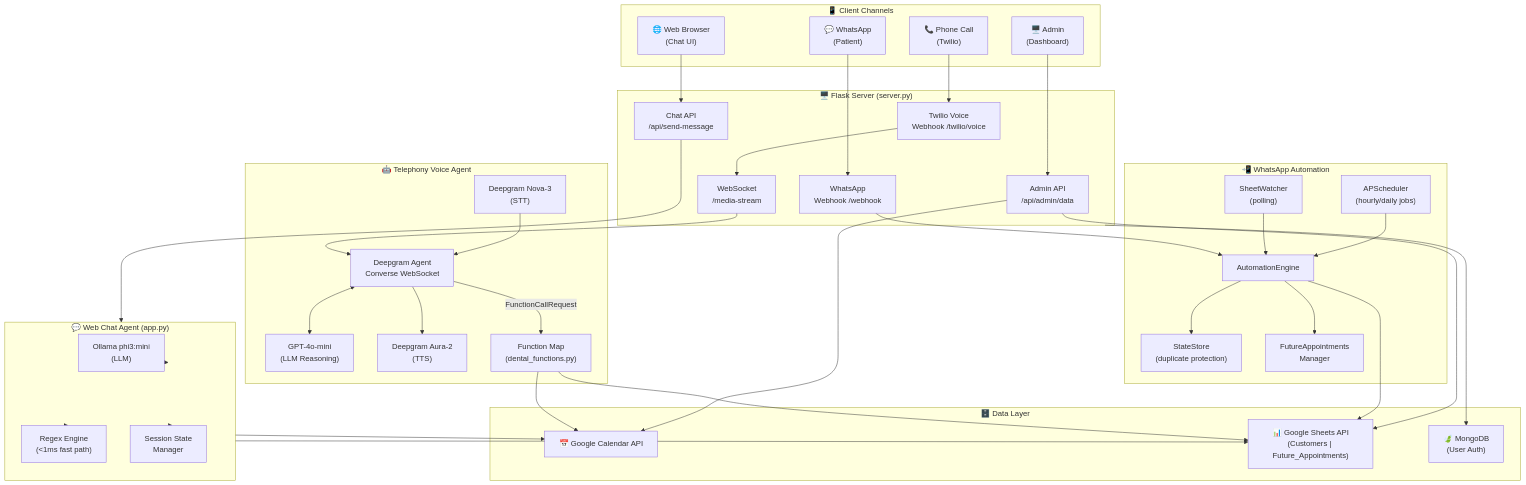
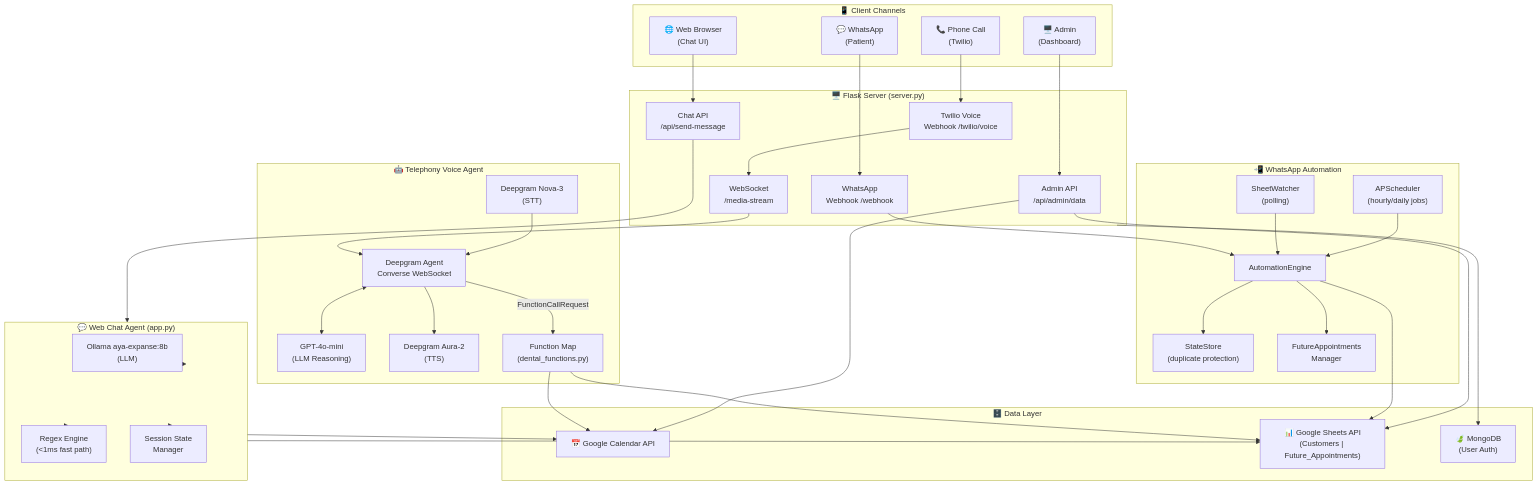
The diagram in README.md (Dhivakar2005/DentalVoiceAgent), drawn with Mermaid before and after one commit. The commit also changed other lines of this file and 39 other files, not shown here.

````diff
--- a/README.md
+++ b/README.md
@@ -59,66 +59,66 @@
 ```mermaid
 graph TB
     subgraph Clients["📱 Client Channels"]
         PHONE["📞 Phone Call\n(Twilio)"]
         WEB["🌐 Web Browser\n(Chat UI)"]
         WA["💬 WhatsApp\n(Patient)"]
         ADMIN["🖥️ Admin\n(Dashboard)"]
     end
 
     subgraph Server["🖥️ Flask Server (server.py)"]
         TW_HOOK["Twilio Voice\nWebhook /twilio/voice"]
         WS["WebSocket\n/media-stream"]
         CHAT_API["Chat API\n/api/send-message"]
         WA_HOOK["WhatsApp\nWebhook /webhook"]
         ADMIN_API["Admin API\n/api/admin/data"]
     end
 
     subgraph VoiceAgent["🤖 Telephony Voice Agent"]
         DGA["Deepgram Agent\nConverse WebSocket"]
         GPT["GPT-4o-mini\n(LLM Reasoning)"]
         DG_TTS["Deepgram Aura-2\n(TTS)"]
         DG_STT["Deepgram Nova-3\n(STT)"]
         FN["Function Map\n(dental_functions.py)"]
     end
 
     subgraph WebAgent["💬 Web Chat Agent (app.py)"]
-        OLLAMA["Ollama phi3:mini\n(LLM)"]
+        OLLAMA["Ollama aya-expanse:8b\n(LLM)"]
         REGEX["Regex Engine\n(<1ms fast path)"]
         STATE["Session State\nManager"]
     end
 
     subgraph WhatsApp["📲 WhatsApp Automation"]
         ENGINE["AutomationEngine"]
         WATCHER["SheetWatcher\n(polling)"]
         SCHED["APScheduler\n(hourly/daily jobs)"]
         STATES["StateStore\n(duplicate protection)"]
         FA["FutureAppointments\nManager"]
     end
 
     subgraph DataLayer["🗄️ Data Layer"]
         GCal["📅 Google Calendar API"]
         GSheets["📊 Google Sheets API\n(Customers | Future_Appointments)"]
         MongoDB["🍃 MongoDB\n(User Auth)"]
     end
 
     PHONE --> TW_HOOK --> WS --> DGA
     DGA <--> GPT
     DGA --> DG_TTS
     DG_STT --> DGA
     DGA -- FunctionCallRequest --> FN
 
     WEB --> CHAT_API --> WebAgent
     WebAgent --> OLLAMA & REGEX
     WebAgent --> STATE
 
     WA --> WA_HOOK --> ENGINE
     WATCHER --> ENGINE
     SCHED --> ENGINE
     ENGINE --> STATES & FA
 
     FN --> GCal & GSheets
     WebAgent --> GCal & GSheets
     ENGINE --> GSheets
     ADMIN --> ADMIN_API --> GCal & GSheets
     Server --> MongoDB
 ```
````
